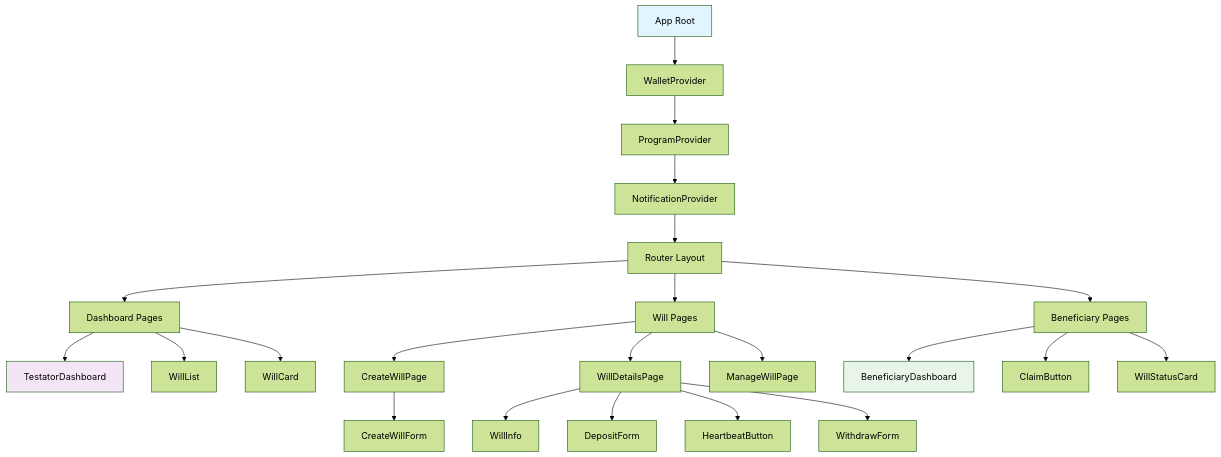
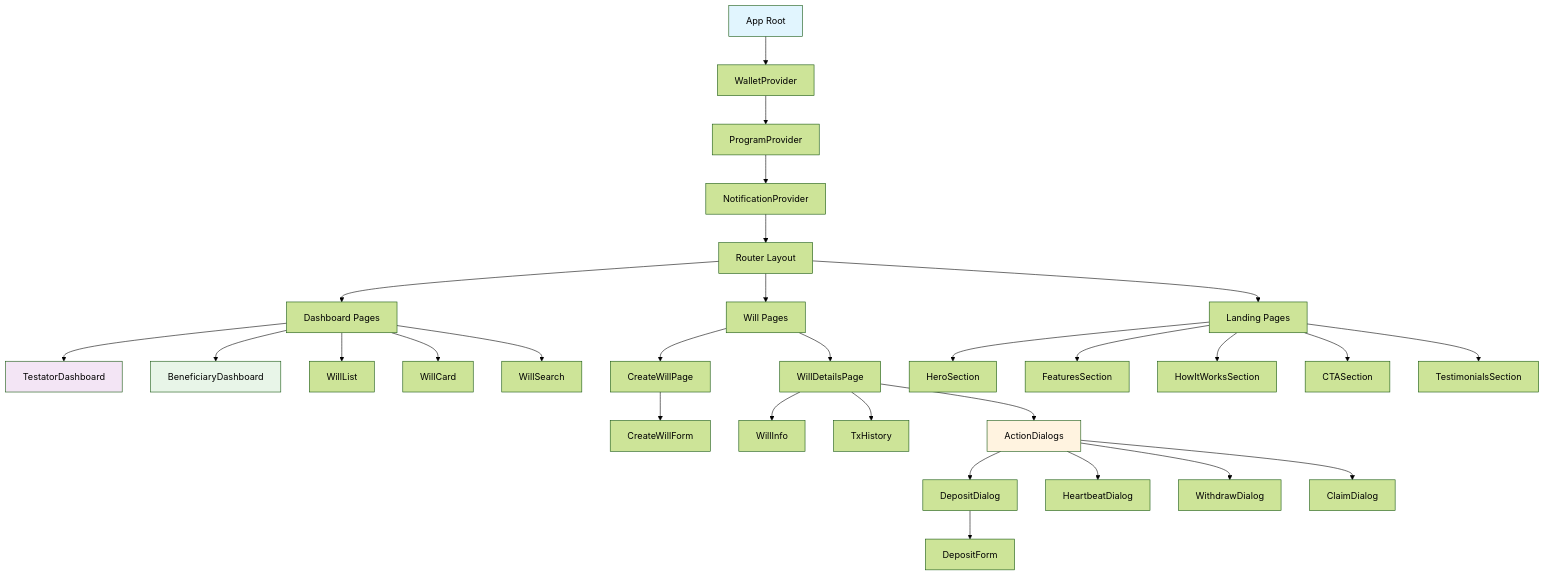
One commit to hutomosaktikartiko/wasiat-online changed the second of 2 diagrams in docs/FRONTEND_DESIGN.md. Above: the diagram before and after it, drawn with Mermaid (forest theme). The commit also changed other lines of this file and 5 other files, not shown here.

Commit message:
ref(mvp_fe): change wording tx histories and deposit form

````diff
--- a/docs/FRONTEND_DESIGN.md
+++ b/docs/FRONTEND_DESIGN.md
@@ -188,33 +191,43 @@
 ```mermaid
 graph TD
     A[App Root] --> B[WalletProvider]
     B --> C[ProgramProvider]
     C --> D[NotificationProvider]
     D --> E[Router Layout]
 
     E --> F[Dashboard Pages]
     E --> G[Will Pages]
-    E --> H[Beneficiary Pages]
+    E --> H[Landing Pages]
 
     F --> I[TestatorDashboard]
-    F --> J[WillList]
-    F --> K[WillCard]
+    F --> J[BeneficiaryDashboard]
+    F --> K[WillList]
+    F --> L[WillCard]
+    F --> M[WillSearch]
 
-    G --> L[CreateWillPage]
-    G --> M[WillDetailsPage]
-    G --> N[ManageWillPage]
-
-    L --> O[CreateWillForm]
-    M --> P[WillInfo]
-    M --> Q[DepositForm]
-    M --> R[HeartbeatButton]
-    M --> S[WithdrawForm]
-
-    H --> T[BeneficiaryDashboard]
-    H --> U[ClaimButton]
-    H --> V[WillStatusCard]
+    G --> N[CreateWillPage]
+    G --> O[WillDetailsPage]
+    
+    N --> P[CreateWillForm]
+    O --> Q[WillInfo]
+    O --> R[TxHistory]
+    O --> S[ActionDialogs]
+    
+    S --> T[DepositDialog]
+    S --> U[HeartbeatDialog]
+    S --> V[WithdrawDialog]
+    S --> W[ClaimDialog]
+    
+    T --> X[DepositForm]
+    
+    H --> Y[HeroSection]
+    H --> Z[FeaturesSection]
+    H --> AA[HowItWorksSection]
+    H --> BB[CTASection]
+    H --> CC[TestimonialsSection]
 
     style A fill:#e1f5fe
     style I fill:#f3e5f5
-    style T fill:#e8f5e8
+    style J fill:#e8f5e8
+    style S fill:#fff3e0
 ```
````
